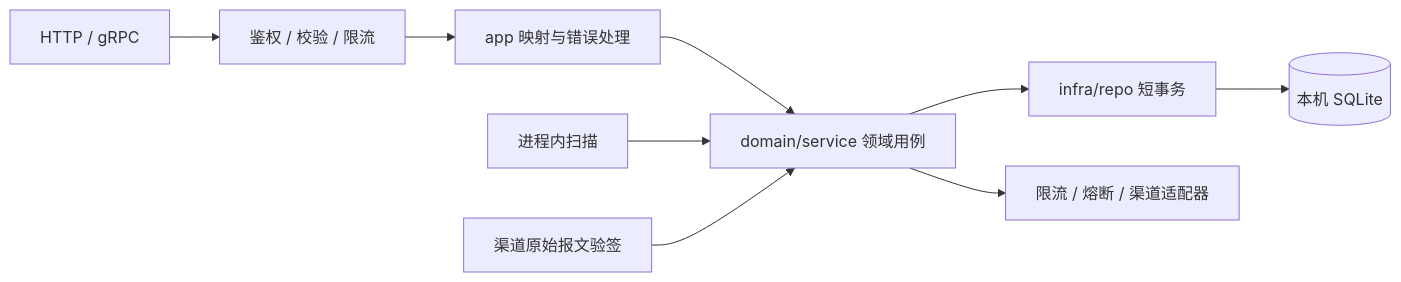
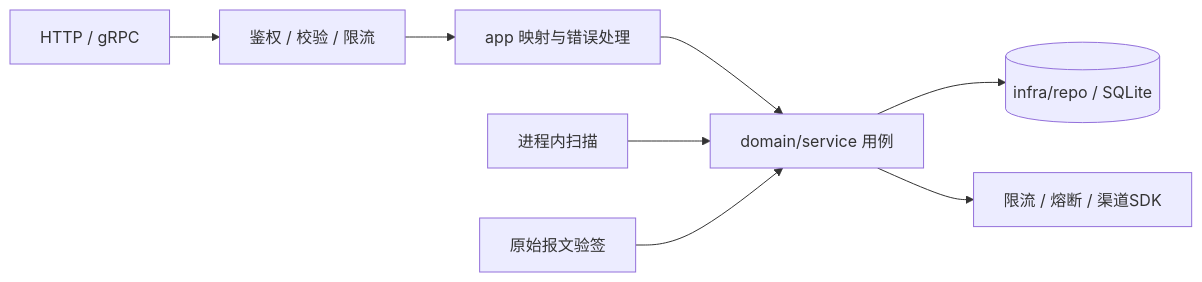
One commit to fino-io/orderpay changed the diagram in docs/architecture.md. Above: the diagram before and after it, drawn with Mermaid. The commit also changed other lines of this file and 6 other files, not shown here.

````diff
--- a/docs/architecture.md
+++ b/docs/architecture.md
@@ -11,11 +11,10 @@
 ```mermaid
 flowchart LR
     API[HTTP / gRPC] --> Auth[鉴权 / 校验 / 限流]
     Auth --> App[app 映射与错误处理]
-    App --> Domain[domain/service 领域用例]
+    App --> Domain[domain/service 用例]
     Scan[进程内扫描] --> Domain
-    Callback[渠道原始报文验签] --> Domain
-    Domain --> Repo[infra/repo 短事务]
-    Repo --> DB[(本机 SQLite)]
-    Domain --> Channel[限流 / 熔断 / 渠道适配器]
+    Callback[原始报文验签] --> Domain
+    Domain --> DB[(infra/repo / SQLite)]
+    Domain --> Channel[限流 / 熔断 / 渠道SDK]
 ```
````
